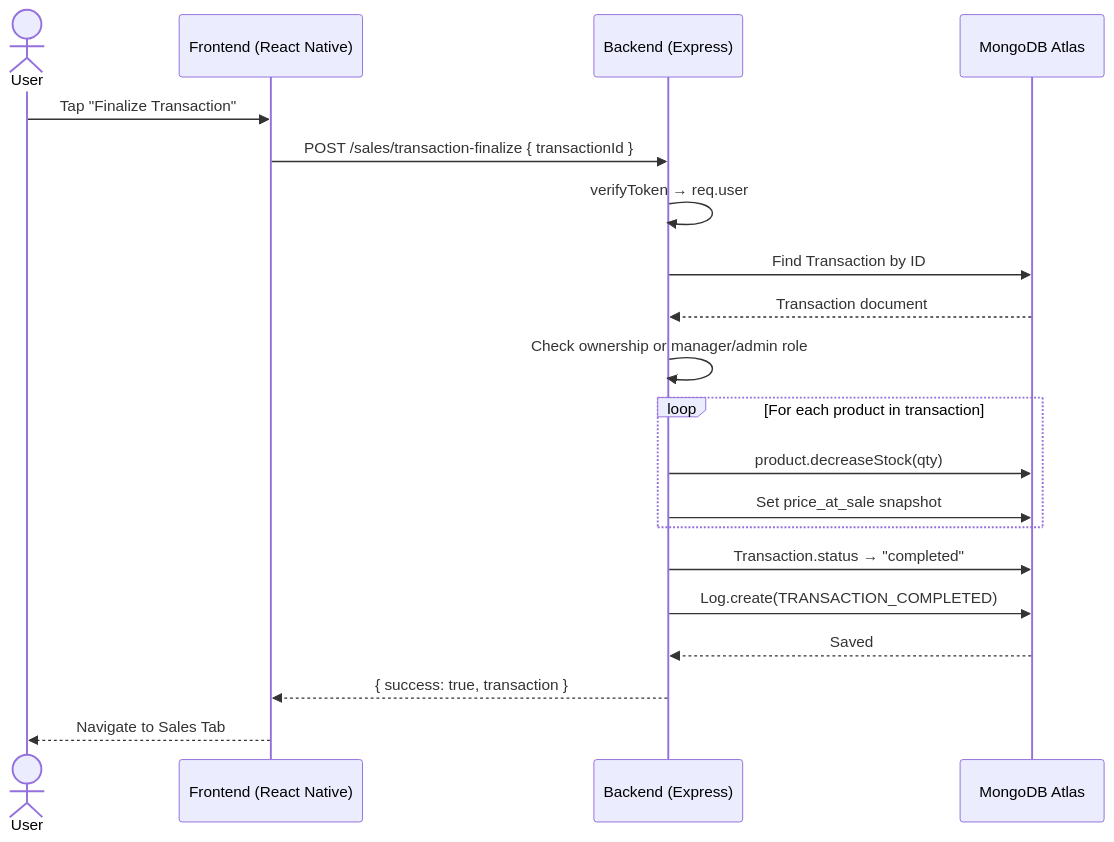
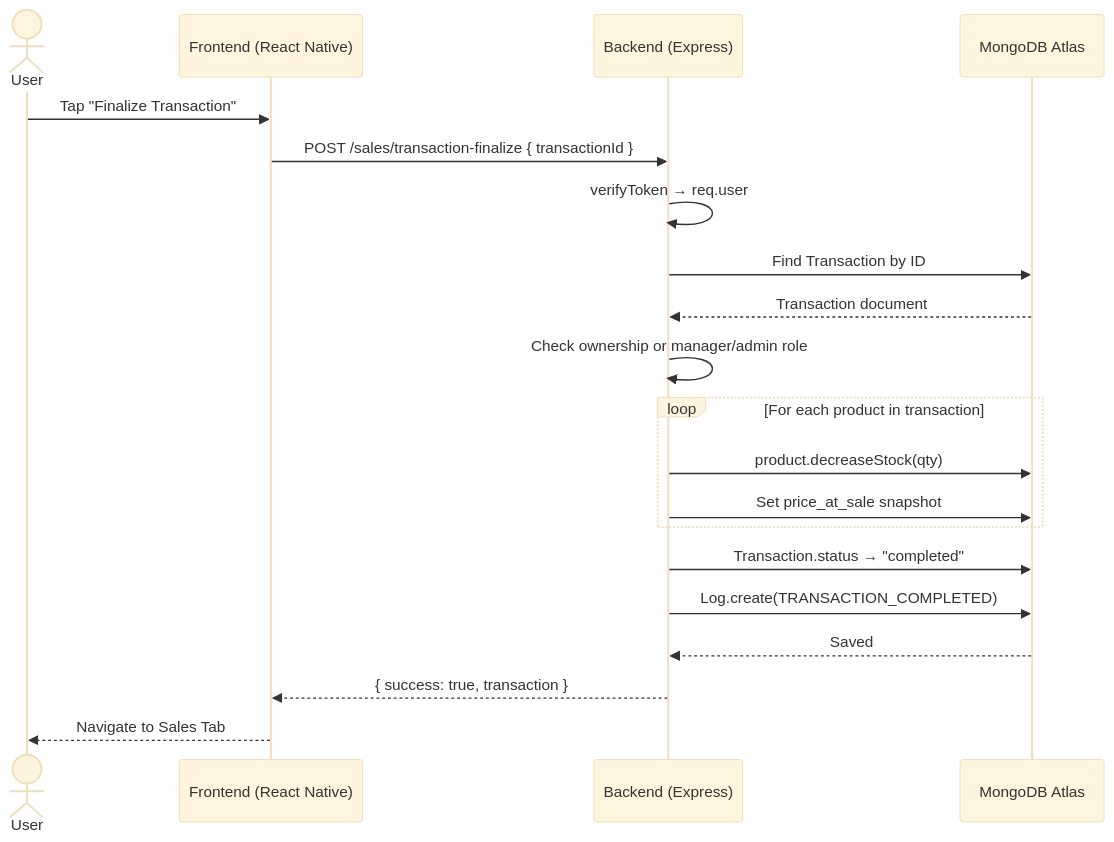
Before and after one commit to sb-gravity100/inventory_system_cs304: the first of 3 diagrams in README.md, drawn with Mermaid. The commit also changed 1 other file, not shown here.

Commit message:
docs: increase font size in use case SVG and sequence diagram

````diff
--- a/README.md
+++ b/README.md
@@ -75,23 +75,24 @@
 ```mermaid
+%%{init: {'theme': 'base', 'themeVariables': {'fontSize': '16px'}}}%%
 sequenceDiagram
     actor User
     participant App as Frontend (React Native)
     participant API as Backend (Express)
     participant DB as MongoDB Atlas
 
     User->>App: Tap "Finalize Transaction"
     App->>API: POST /sales/transaction-finalize { transactionId }
     API->>API: verifyToken → req.user
     API->>DB: Find Transaction by ID
     DB-->>API: Transaction document
     API->>API: Check ownership or manager/admin role
     loop For each product in transaction
         API->>DB: product.decreaseStock(qty)
         API->>DB: Set price_at_sale snapshot
     end
     API->>DB: Transaction.status → "completed"
     API->>DB: Log.create(TRANSACTION_COMPLETED)
     DB-->>API: Saved
     API-->>App: { success: true, transaction }
     App-->>User: Navigate to Sales Tab
 ```
````
